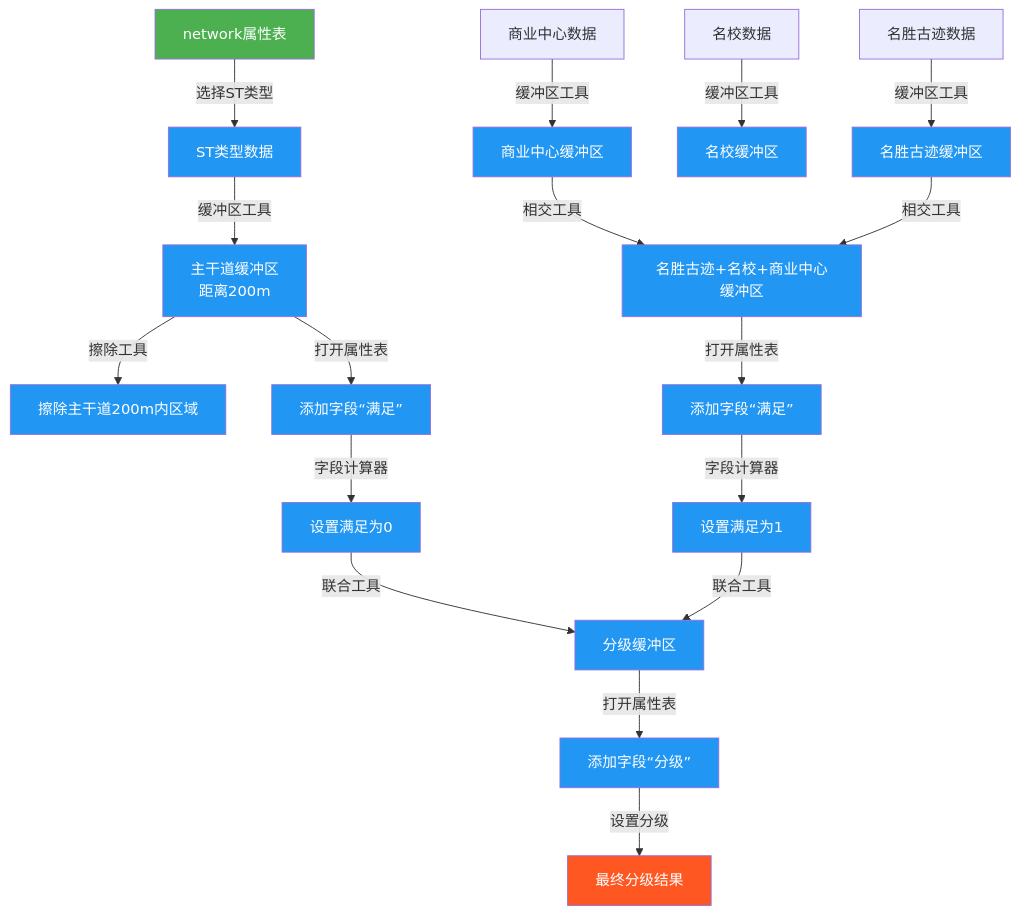
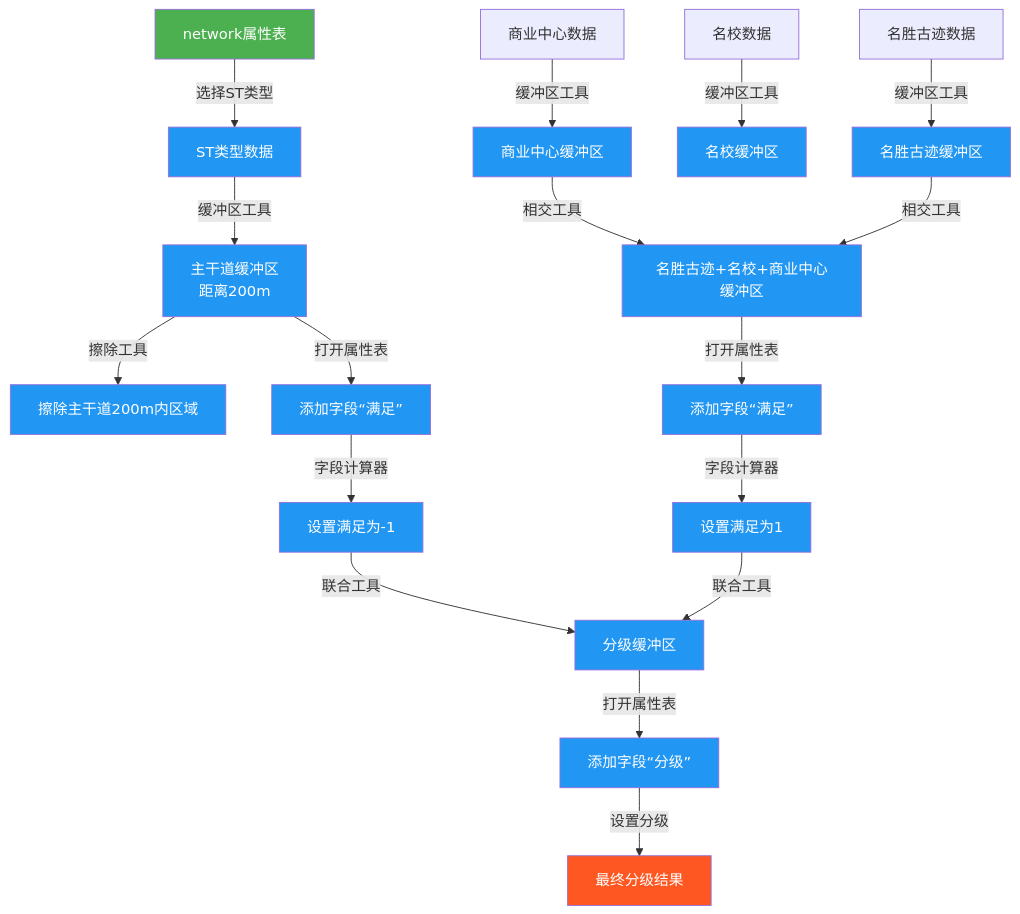
The diagram in all/未命名.md (newguser/iodraw-files), drawn with Mermaid before and after one commit.

Commit message:
2025-02-27 20:26:00 update

````diff
--- a/all/未命名.md
+++ b/all/未命名.md
@@ -1,25 +1,25 @@
 ```mermaid
 graph TD
 
         A1[network属性表] -->|选择ST类型| A2[ST类型数据]
         A2 -->|缓冲区工具| A3[主干道缓冲区<br>距离200m]
         B1[商业中心数据] -->|缓冲区工具| B2[商业中心缓冲区]
         C1[名校数据] -->|缓冲区工具| C2[名校缓冲区]
 
         D1[名胜古迹数据] -->|缓冲区工具| D2[名胜古迹缓冲区]
         B2[商业中心缓冲区]-->|相交工具| E1[名胜古迹+名校+商业中心缓冲区]
         D2 -->|相交工具| E1[名胜古迹+名校+商业中心缓冲区]
         A3 -->|擦除工具| E2[擦除主干道200m内区域]
         E1 -->|打开属性表| E3[添加字段“满足”]
         E3 -->|字段计算器| E4[设置满足为1]
         A3 -->|打开属性表| E5[添加字段“满足”]
-        E5 -->|字段计算器| E6[设置满足为0]
+        E5 -->|字段计算器| E6[设置满足为-1]
         E4 -->|联合工具| E7[分级缓冲区]
         E6 -->|联合工具| E7
         E7 -->|打开属性表| E8[添加字段“分级”]
         E8 -->|设置分级| E9[最终分级结果]
     style A1 fill:#4CAF50,color:white
     style E9 fill:#FF5722,color:white
     classDef process fill:#2196F3,color:white;
     class A2,A3,B2,C2,D2,E1,E2,E3,E4,E5,E6,E7,E8 process
 ```
````
